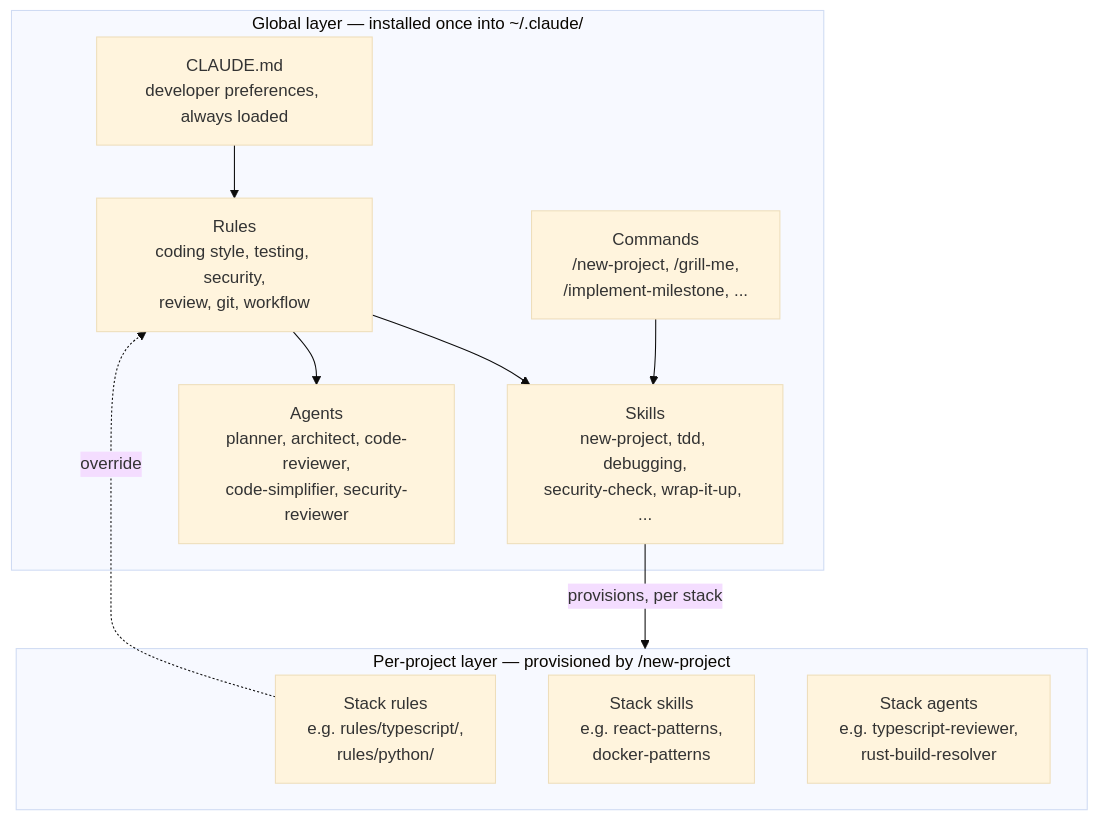
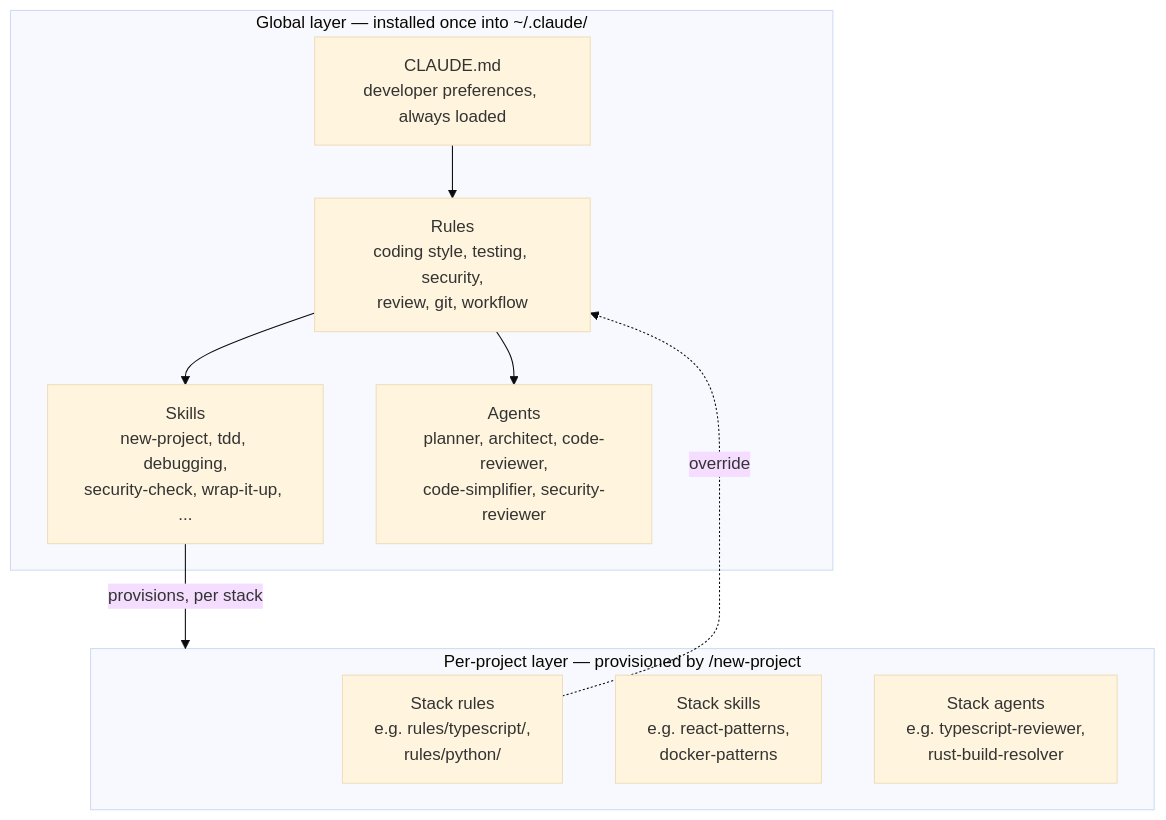
The second of 5 diagrams in README.md (kristianlindholm/lindholm-code), drawn with Mermaid (base theme) before and after one commit. The commit also changed other lines of this file and 32 other files, not shown here.

````diff
--- a/README.md
+++ b/README.md
@@ -67,23 +66,21 @@
 ```mermaid
 flowchart TD
     subgraph GLOBAL["Global layer — installed once into ~/.claude/"]
         CM["CLAUDE.md<br/>developer preferences, always loaded"]
         RULES["Rules<br/>coding style, testing, security,<br/>review, git, workflow"]
         SKILLS["Skills<br/>new-project, tdd, debugging,<br/>security-check, wrap-it-up, ..."]
         AGENTS["Agents<br/>planner, architect, code-reviewer,<br/>code-simplifier, security-reviewer"]
-        CMDS["Commands<br/>/new-project, /grill-me,<br/>/implement-milestone, ..."]
     end
 
     subgraph PROJECT["Per-project layer — provisioned by /new-project"]
         PRULES["Stack rules<br/>e.g. rules/typescript/,<br/>rules/python/"]
         PSKILLS["Stack skills<br/>e.g. react-patterns,<br/>docker-patterns"]
         PAGENTS["Stack agents<br/>e.g. typescript-reviewer,<br/>rust-build-resolver"]
     end
 
     CM --> RULES
     RULES --> SKILLS
     RULES --> AGENTS
-    CMDS --> SKILLS
     SKILLS -- "provisions, per stack" --> PROJECT
     PRULES -. "override" .-> RULES
 ```
````
